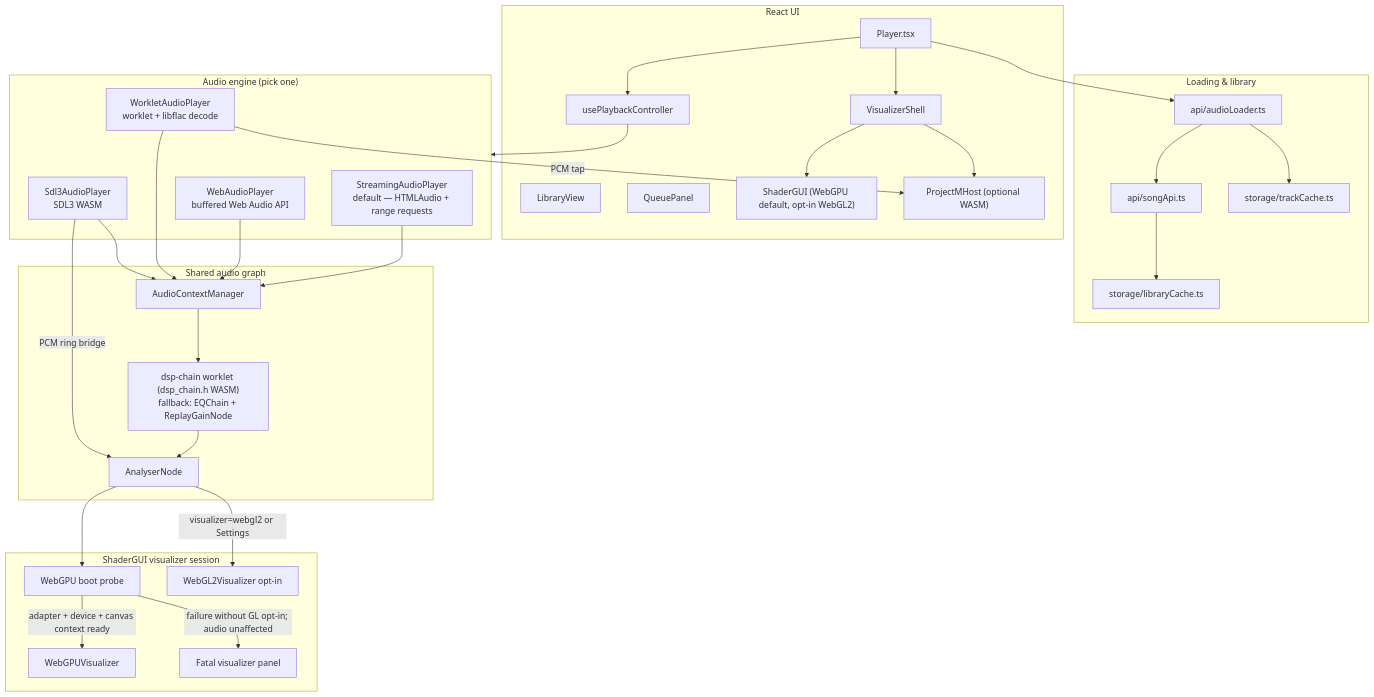
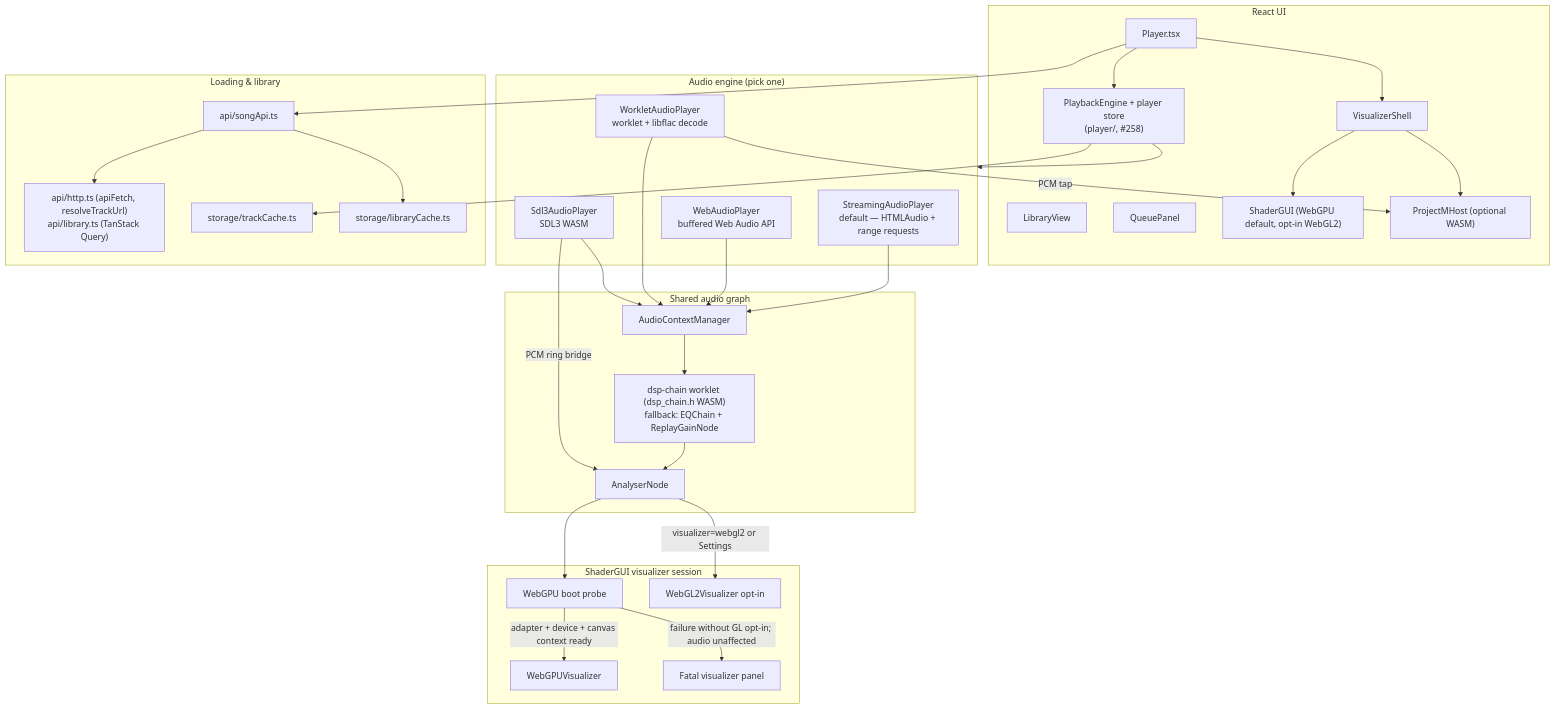
Before and after one commit to ford442/flac_player: the diagram in docs/ARCHITECTURE.md, drawn with Mermaid. The commit also changed other lines of this file and 59 other files, not shown here.

First line of the commit message:
Wire the UI to PlaybackEngine; split Player and PlayerFallbackView

````diff
--- a/docs/ARCHITECTURE.md
+++ b/docs/ARCHITECTURE.md
@@ -9,61 +9,61 @@
 ```mermaid
 flowchart TB
   subgraph UI["React UI"]
     Player["Player.tsx"]
-    Controller["usePlaybackController"]
+    Engine["PlaybackEngine + player store<br/>(player/, #258)"]
     Library["LibraryView"]
     Queue["QueuePanel"]
     Shell["VisualizerShell"]
     ShaderGUI["ShaderGUI (WebGPU default, opt-in WebGL2)"]
     ProjectM["ProjectMHost (optional WASM)"]
   end
 
   subgraph Audio["Audio engine (pick one)"]
     Streaming["StreamingAudioPlayer<br/>default — HTMLAudio + range requests"]
     WebAudio["WebAudioPlayer<br/>buffered Web Audio API"]
     Worklet["WorkletAudioPlayer<br/>worklet + libflac decode"]
     SDL3["Sdl3AudioPlayer<br/>SDL3 WASM"]
   end
 
   subgraph Load["Loading & library"]
-    Loader["api/audioLoader.ts"]
+    Http["api/http.ts (apiFetch, resolveTrackUrl)<br/>api/library.ts (TanStack Query)"]
     SongApi["api/songApi.ts"]
     TrackCache["storage/trackCache.ts"]
     LibCache["storage/libraryCache.ts"]
   end
 
   subgraph FX["Shared audio graph"]
     ACM["AudioContextManager"]
     EQ["dsp-chain worklet (dsp_chain.h WASM)<br/>fallback: EQChain + ReplayGainNode"]
     Analyser["AnalyserNode"]
   end
 
   subgraph Viz["ShaderGUI visualizer session"]
     Probe["WebGPU boot probe"]
     WebGPU["WebGPUVisualizer"]
     WebGL2["WebGL2Visualizer opt-in"]
     Fatal["Fatal visualizer panel"]
   end
 
-  Player --> Controller
-  Controller --> Audio
+  Player --> Engine
+  Engine --> Audio
   Player --> Shell
   Shell --> ShaderGUI
   Shell --> ProjectM
-  Player --> Loader
-  Loader --> SongApi
-  Loader --> TrackCache
+  Player --> SongApi
+  SongApi --> Http
+  Engine --> TrackCache
   SongApi --> LibCache
 
   Streaming --> ACM
   WebAudio --> ACM
   Worklet --> ACM
   SDL3 --> ACM
   ACM --> EQ --> Analyser
   Analyser --> Probe
   Probe -->|adapter + device + canvas context ready| WebGPU
   Probe -->|failure without GL opt-in; audio unaffected| Fatal
   Analyser -->|visualizer=webgl2 or Settings| WebGL2
   Worklet -->|PCM tap| ProjectM
   SDL3 -->|PCM ring bridge| Analyser
 ```
````
